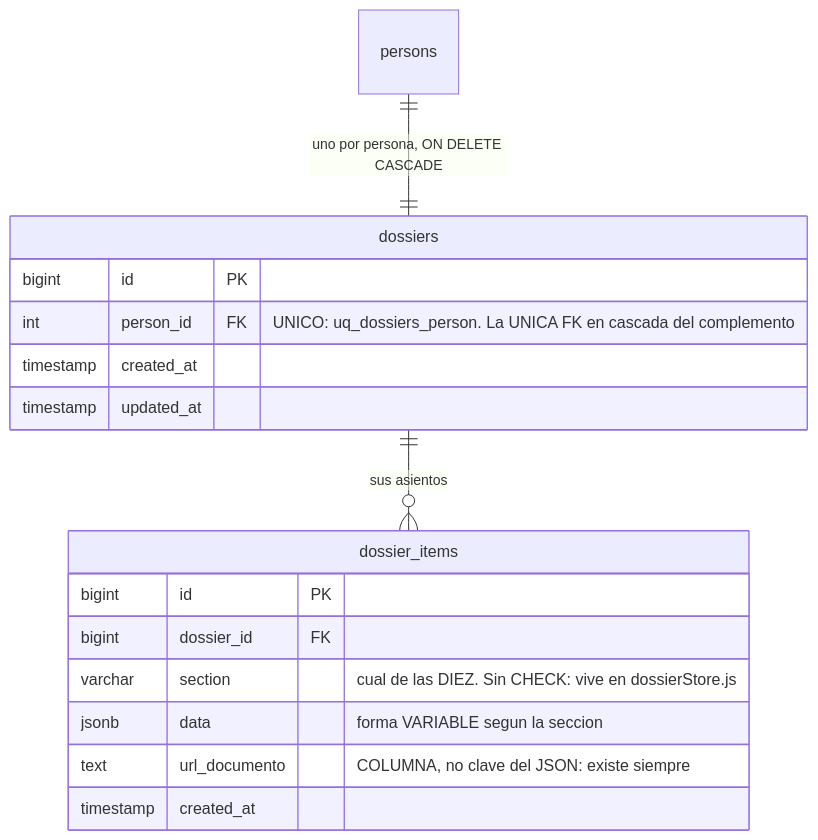
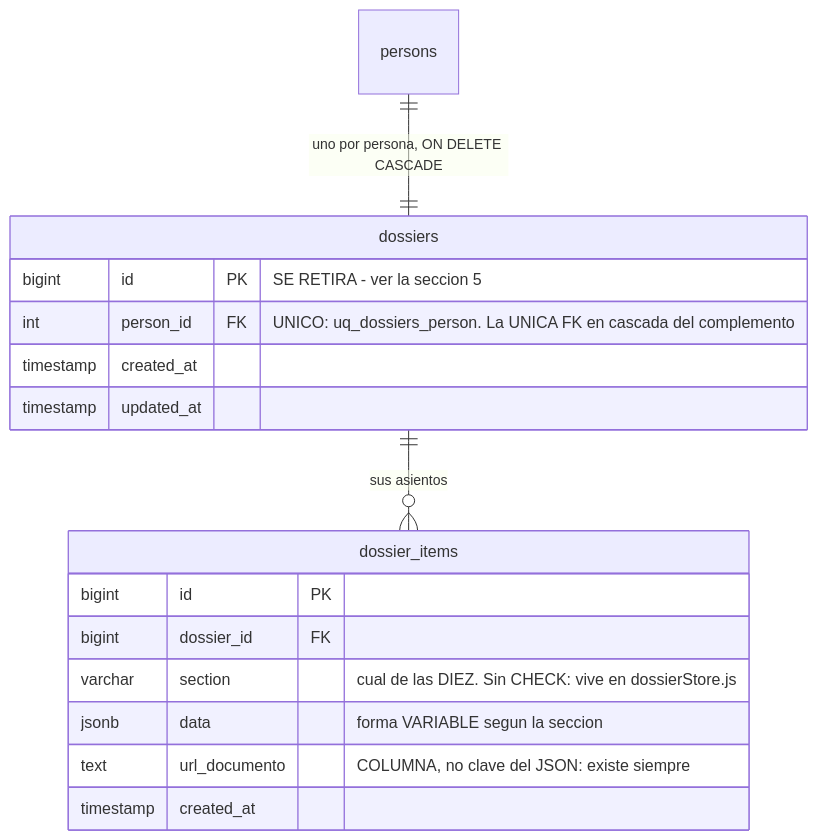
One commit to fresvel/deasy changed the first of 5 diagrams in docs/src/content/docs/complemento/expediente.md. Above: the diagram before and after it, drawn with Mermaid. The commit also changed other lines of this file and 1 other file, not shown here.

First line of the commit message:
docs(frente-18): el diagrama de HOY se marca, y la equivalencia CES/CINE-F queda decidida

````diff
--- a/docs/src/content/docs/complemento/expediente.md
+++ b/docs/src/content/docs/complemento/expediente.md
@@ -86,21 +91,21 @@
 ```mermaid
 erDiagram
   persons ||--|| dossiers : "uno por persona, ON DELETE CASCADE"
   dossiers ||--o{ dossier_items : "sus asientos"
 
   dossiers {
-    bigint id PK
+    bigint id PK "SE RETIRA - ver la seccion 5"
     int person_id FK "UNICO: uq_dossiers_person. La UNICA FK en cascada del complemento"
     timestamp created_at
     timestamp updated_at
   }
 
   dossier_items {
     bigint id PK
     bigint dossier_id FK
     varchar section "cual de las DIEZ. Sin CHECK: vive en dossierStore.js"
     jsonb data "forma VARIABLE segun la seccion"
     text url_documento "COLUMNA, no clave del JSON: existe siempre"
     timestamp created_at
   }
 ```
````
